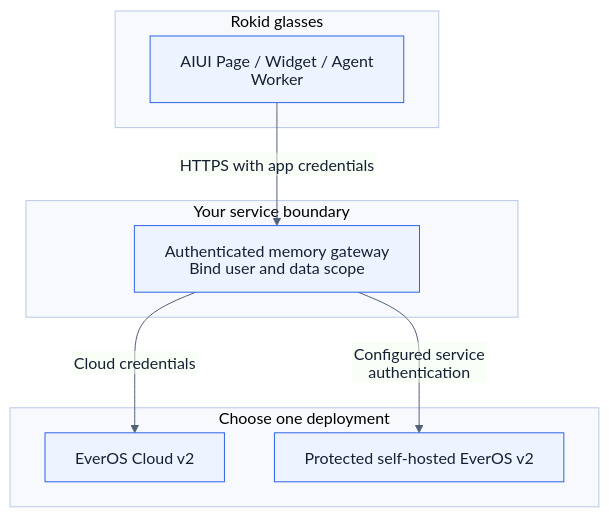
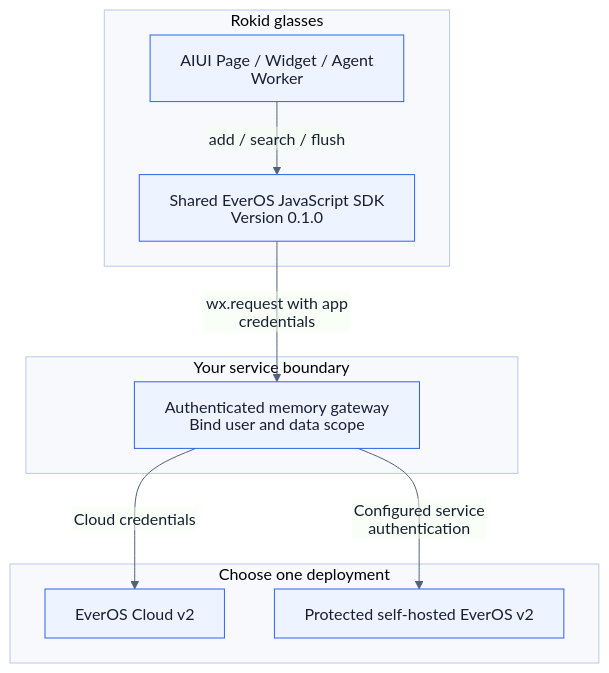
One commit to EasonZhu1997/Eason-Agent-Skills changed the second of 6 diagrams in docs/rokid-memory-skills.en.md. Above: the diagram before and after it, drawn with Mermaid. The commit also changed other lines of this file and 20 other files, not shown here.

First line of the commit message:
Ship reusable AIUI EverOS JavaScript SDK v0.1.0

````diff
--- a/docs/rokid-memory-skills.en.md
+++ b/docs/rokid-memory-skills.en.md
@@ -36,19 +42,21 @@
 ```mermaid
 %%{init: {"theme":"base","htmlLabels":false,"flowchart":{"wrappingWidth":240},"themeVariables":{"fontFamily":"Arial, sans-serif","primaryColor":"#EEF4FF","primaryTextColor":"#172033","primaryBorderColor":"#2F63E8","lineColor":"#526078","clusterBkg":"#F7F9FD","clusterBorder":"#B9C9E7"}}}%%
 flowchart TB
     subgraph Device["Rokid glasses"]
         A["AIUI Page / Widget / Agent Worker"]
+        K["Shared EverOS JavaScript SDK<br/>Version 0.1.0"]
+        A -->|add / search / flush| K
     end
     subgraph Backend["Your service boundary"]
         G["Authenticated memory gateway<br/>Bind user and data scope"]
     end
     subgraph Memory["Choose one deployment"]
         C["EverOS Cloud v2"]
         S["Protected self-hosted EverOS v2"]
     end
-    A -->|HTTPS with app credentials| G
+    K -->|wx.request with app credentials| G
     G -->|Cloud credentials| C
     G -->|Configured service authentication| S
     classDef component fill:#EEF4FF,stroke:#2F63E8,color:#172033
     class A,G,C,S component
 ```
````
